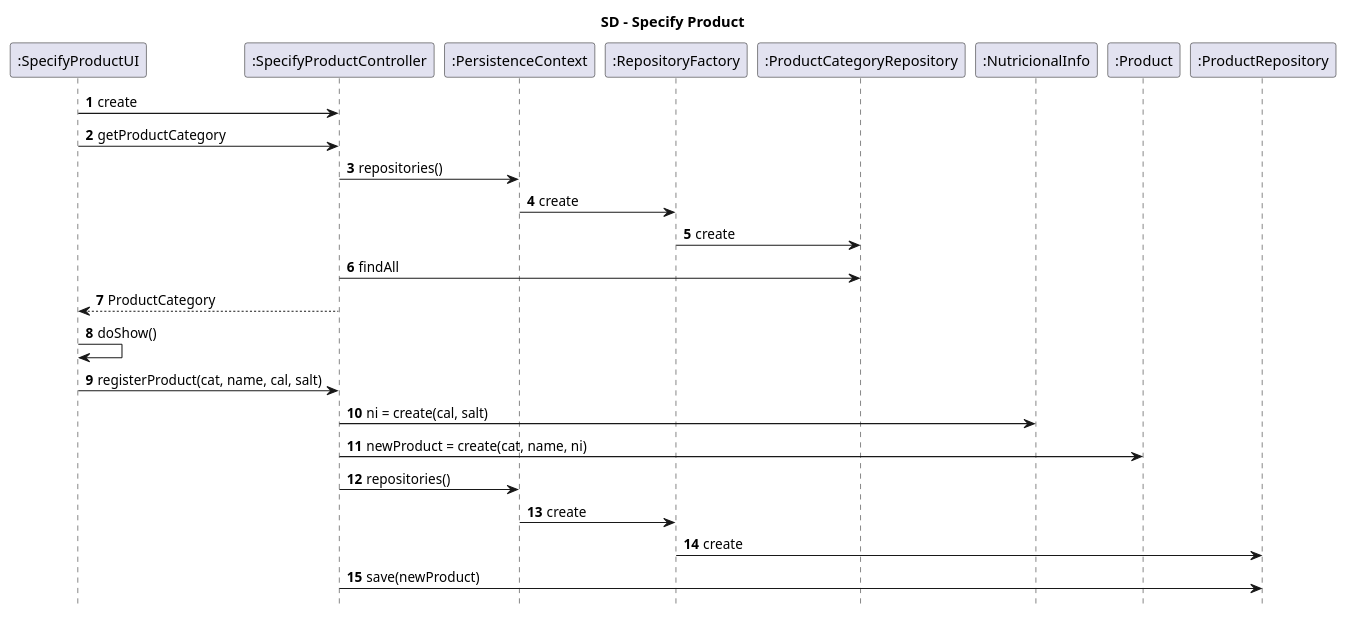
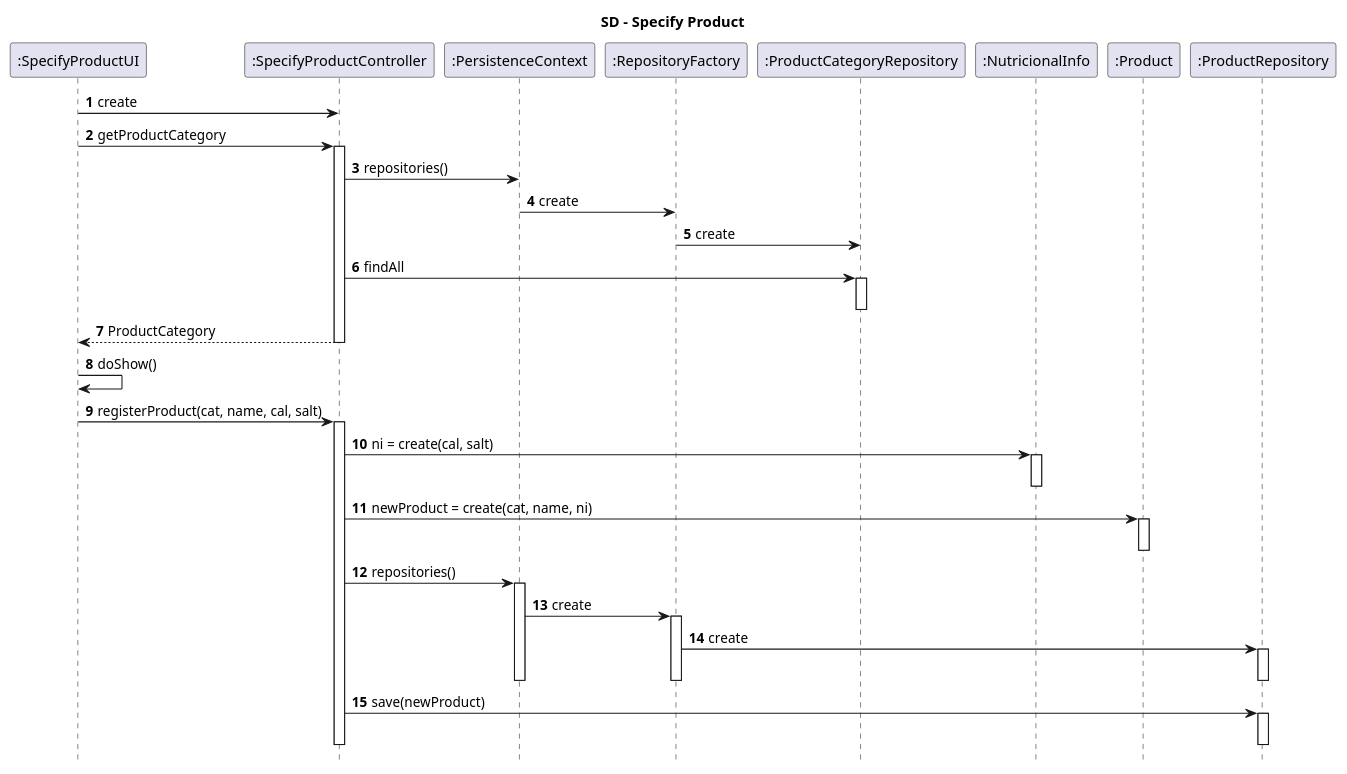
Before and after one commit to 1190772/LAB-Project-4: the diagram in Documentação/1190384/US1001_SD.puml, drawn with PlantUML. The commit also changed 1 other file, not shown here.

```diff
--- a/Documentação/1190384/US1001_SD.puml
+++ b/Documentação/1190384/US1001_SD.puml
@@ -1,36 +1,54 @@
 @startuml
 autonumber
 hide footbox
 
 title SD - Specify Product
 
 		participant ":SpecifyProductUI" as ui
 		participant ":SpecifyProductController" as ctrl
 		participant ":PersistenceContext" as pc
 		participant ":RepositoryFactory" as rf
 		participant ":ProductCategoryRepository" as repoPC
 		participant ":NutricionalInfo" as ni
 		participant ":Product" as prod
 		participant ":ProductRepository" as repo
 
 		ui->ctrl:create
 		ui->ctrl:getProductCategory
+		activate ctrl
 		ctrl->pc:repositories()
 		pc->rf:create
 		rf->repoPC:create
 		ctrl->repoPC:findAll
+		activate repoPC
+		deactivate repoPC
 		ctrl-->ui:ProductCategory
+		deactivate ctrl
 
 		ui->ui:doShow()
 		ui->ctrl:registerProduct(cat, name, cal, salt)
+        activate ctrl
 
 		ctrl->ni:ni = create(cal, salt)
+		activate ni
+		deactivate ni
 		ctrl->prod:newProduct = create(cat, name, ni)
+        activate prod
+        deactivate prod
 
 		ctrl->pc:repositories()
+		activate pc
 		pc->rf:create
+		activate rf
 		rf->repo:create
+		activate repo
+		deactivate repo
+		deactivate rf
+		deactivate pc
 		ctrl->repo:save(newProduct)
+		activate repo
+		deactivate repo
+		deactivate ctrl
 
 
 @enduml
```
